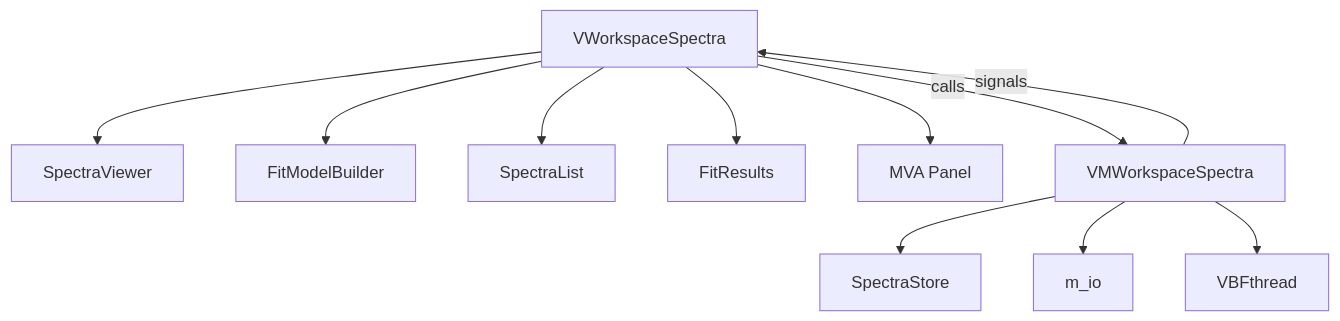
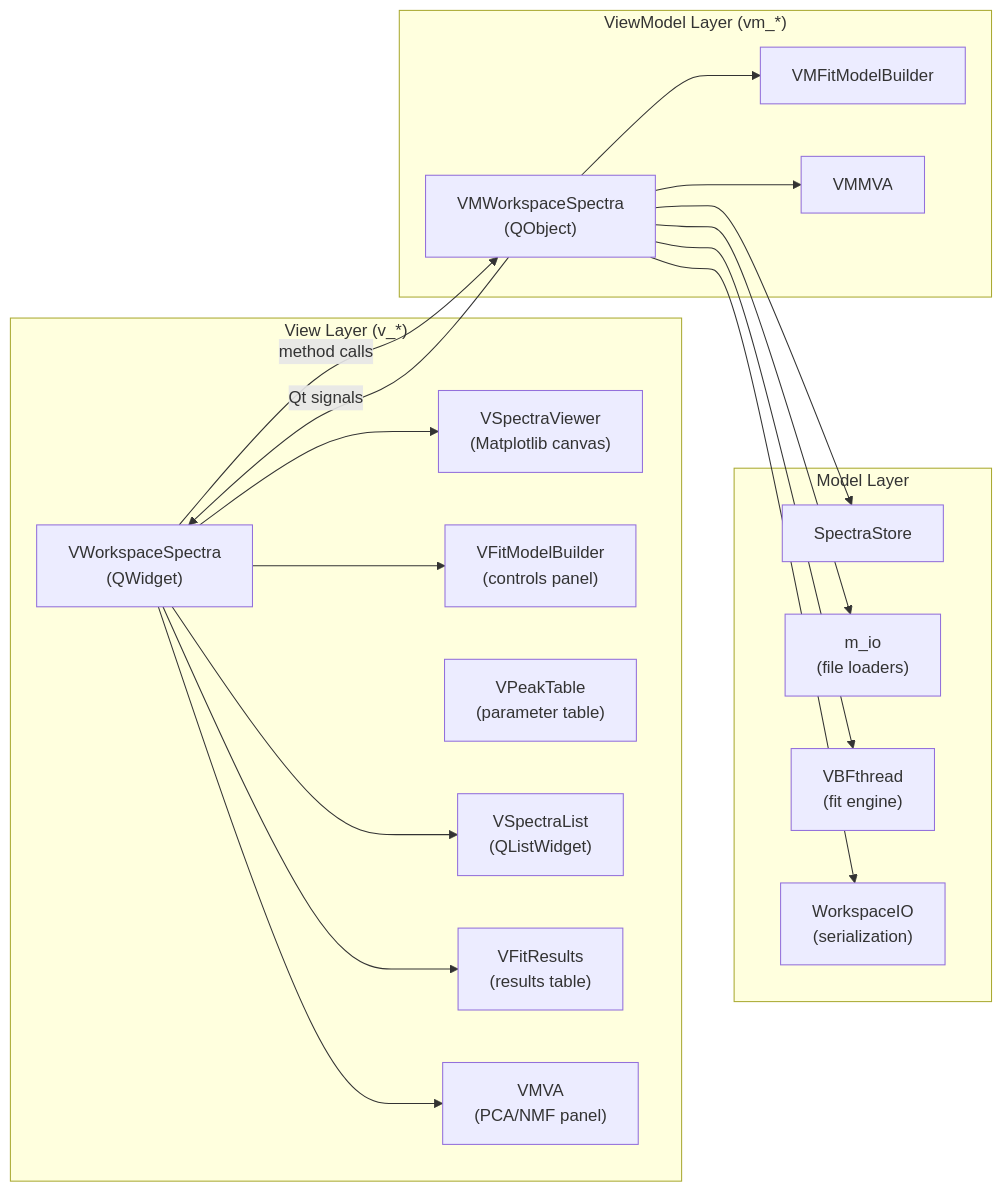
The diagram in docs/developer/spectra.md (CEA-MetroCarac/SPECTROview), drawn with Mermaid before and after one commit. The commit also changed other lines of this file and 9 other files, not shown here.

````diff
--- a/docs/developer/spectra.md
+++ b/docs/developer/spectra.md
@@ -9,15 +14,31 @@
 ```mermaid
-graph TD
-    VWS["VWorkspaceSpectra"] --> SV["SpectraViewer"]
-    VWS --> FMB["FitModelBuilder"]
-    VWS --> SL["SpectraList"]
-    VWS --> FR["FitResults"]
-    VWS --> MVA["MVA Panel"]
+graph LR
+    subgraph View ["View Layer (v_*)"]
+        VWS["VWorkspaceSpectra<br/>(QWidget)"]
+        SV["VSpectraViewer<br/>(Matplotlib canvas)"]
+        FMB["VFitModelBuilder<br/>(controls panel)"]
+        PT["VPeakTable<br/>(parameter table)"]
+        SL["VSpectraList<br/>(QListWidget)"]
+        FR["VFitResults<br/>(results table)"]
+        MVA["VMVA<br/>(PCA/NMF panel)"]
+    end
 
-    VWS -->|"calls"| VMWS["VMWorkspaceSpectra"]
-    VMWS -->|"signals"| VWS
+    subgraph VM ["ViewModel Layer (vm_*)"]
+        VMWS["VMWorkspaceSpectra<br/>(QObject)"]
+        VMFMB["VMFitModelBuilder"]
+        VMMVA["VMMVA"]
+    end
 
-    VMWS --> MSS["SpectraStore"]
-    VMWS --> IO["m_io"]
-    VMWS --> TFT["VBFthread"]
+    subgraph Model ["Model Layer"]
+        SS["SpectraStore"]
+        IO["m_io<br/>(file loaders)"]
+        VBF["VBFthread<br/>(fit engine)"]
+        WIO["WorkspaceIO<br/>(serialization)"]
+    end
+
+    VWS --> SV & FMB & SL & FR & MVA
+    VWS -->|"method calls"| VMWS
+    VMWS -->|"Qt signals"| VWS
+    VMWS --> SS & IO & VBF & WIO
+    VMWS --> VMFMB & VMMVA
 ```
````
